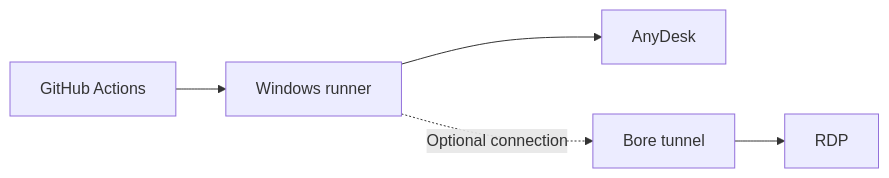
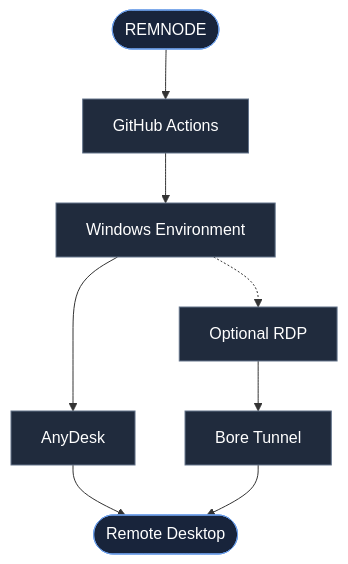
Before and after one commit to Remnode/Remnode: the diagram in README.md, drawn with Mermaid. The commit also changed other lines of this file, not shown here.

````diff
--- a/README.md
+++ b/README.md
@@ -42,7 +27,18 @@
 ```mermaid
-flowchart LR
-    A["GitHub Actions"] --> B["Windows runner"]
-    B --> C["AnyDesk"]
-    B -. "Optional connection" .-> D["Bore tunnel"]
-    D --> E["RDP"]
+flowchart TD
+    A(["REMNODE"]) --> B["GitHub Actions"]
+    B --> C["Windows Environment"]
+    C --> D["AnyDesk"]
+    C -.-> E["Optional RDP"]
+    E --> F["Bore Tunnel"]
+    D --> G(["Remote Desktop"])
+    F --> G
+
+    style A fill:#18243b,stroke:#6c9ee8,color:#ffffff
+    style G fill:#18243b,stroke:#6c9ee8,color:#ffffff
+    style B fill:#202b3d,stroke:#64748b,color:#ffffff
+    style C fill:#202b3d,stroke:#64748b,color:#ffffff
+    style D fill:#202b3d,stroke:#64748b,color:#ffffff
+    style E fill:#202b3d,stroke:#64748b,color:#ffffff
+    style F fill:#202b3d,stroke:#64748b,color:#ffffff
 ```
````
